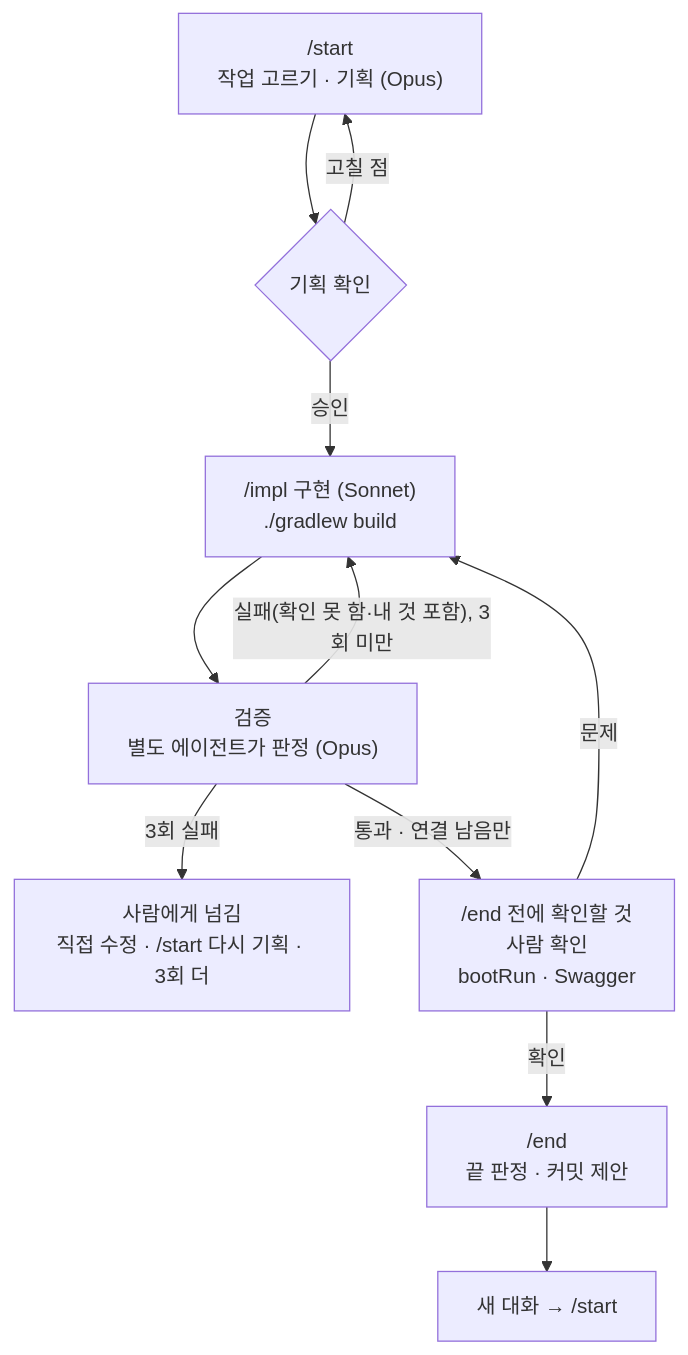
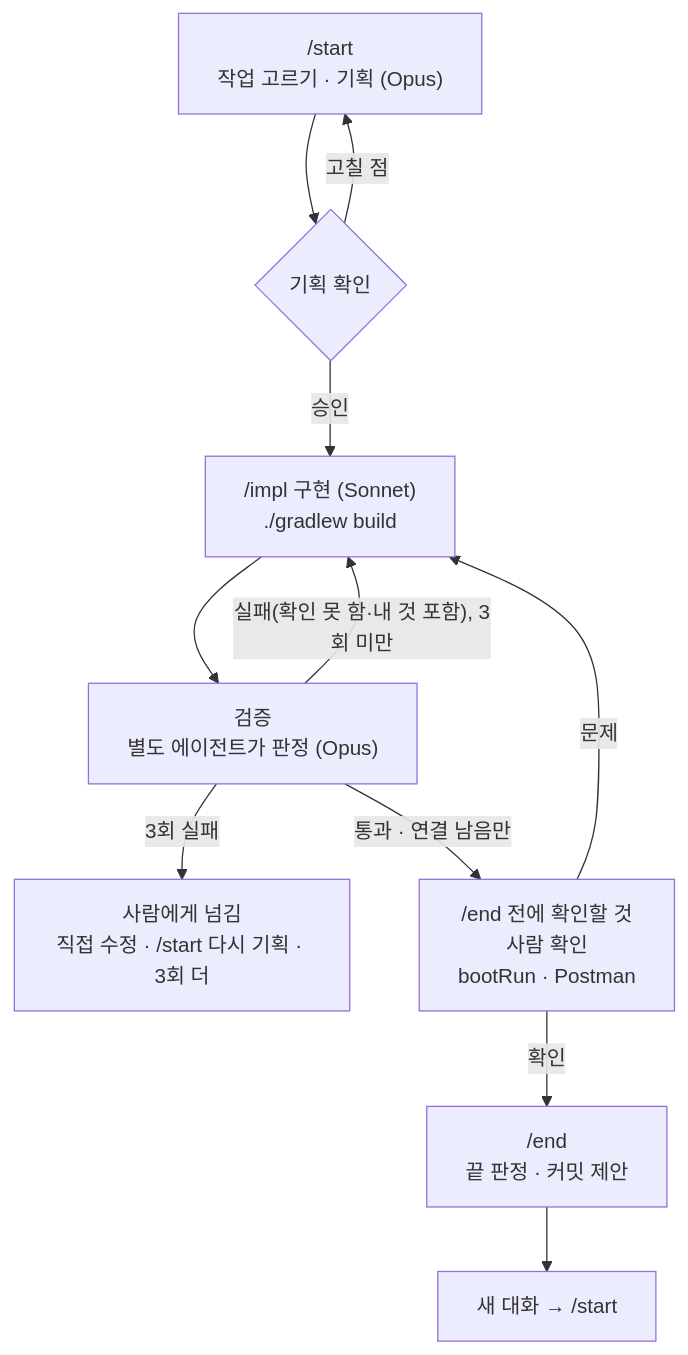
Before and after one commit to Jung-aejin/nyangmeong-backend: the third of 4 diagrams in README.md, drawn with Mermaid. The commit also changed other lines of this file and 73 other files, not shown here.

````diff
--- a/README.md
+++ b/README.md
@@ -105,13 +105,13 @@
 ```mermaid
 flowchart TD
   S["/start<br/>작업 고르기 · 기획 (Opus)"] --> P{기획 확인}
   P -- 고칠 점 --> S
   P -- 승인 --> I["/impl 구현 (Sonnet)<br/>./gradlew build"]
   I --> V["검증<br/>별도 에이전트가 판정 (Opus)"]
   V -- "실패(확인 못 함·내 것 포함), 3회 미만" --> I
   V -- 3회 실패 --> X["사람에게 넘김<br/>직접 수정 · /start 다시 기획 · 3회 더"]
-  V -- "통과 · 연결 남음만" --> H["/end 전에 확인할 것<br/>사람 확인<br/>bootRun · Swagger"]
+  V -- "통과 · 연결 남음만" --> H["/end 전에 확인할 것<br/>사람 확인<br/>bootRun · Postman"]
   H -- 문제 --> I
   H -- 확인 --> D["/end<br/>끝 판정 · 커밋 제안"]
   D --> N["새 대화 → /start"]
 ```
````
